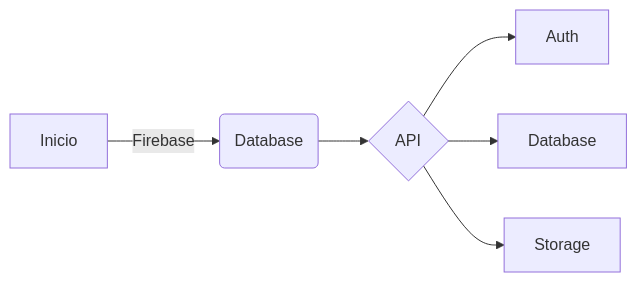
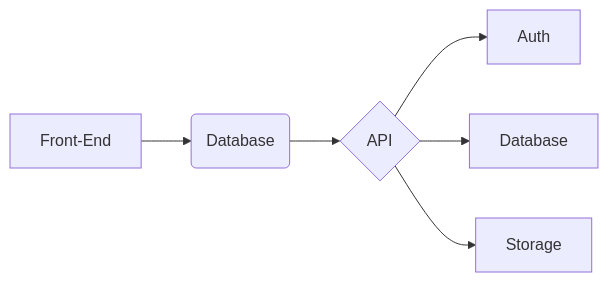
Before and after one commit to SauloCandeira/pattern-firebase: the diagram in readme.md, drawn with Mermaid.

````diff
--- a/readme.md
+++ b/readme.md
@@ -13,8 +13,8 @@
 ```mermaid
 flowchart LR
-A[Inicio] -->|Firebase| B(Database)
+A[Front-End] --> B(Database)
 B --> C{API}
 C --> D[Auth]
 C --> E[Database]
 C --> F[Storage]
 ```
````
